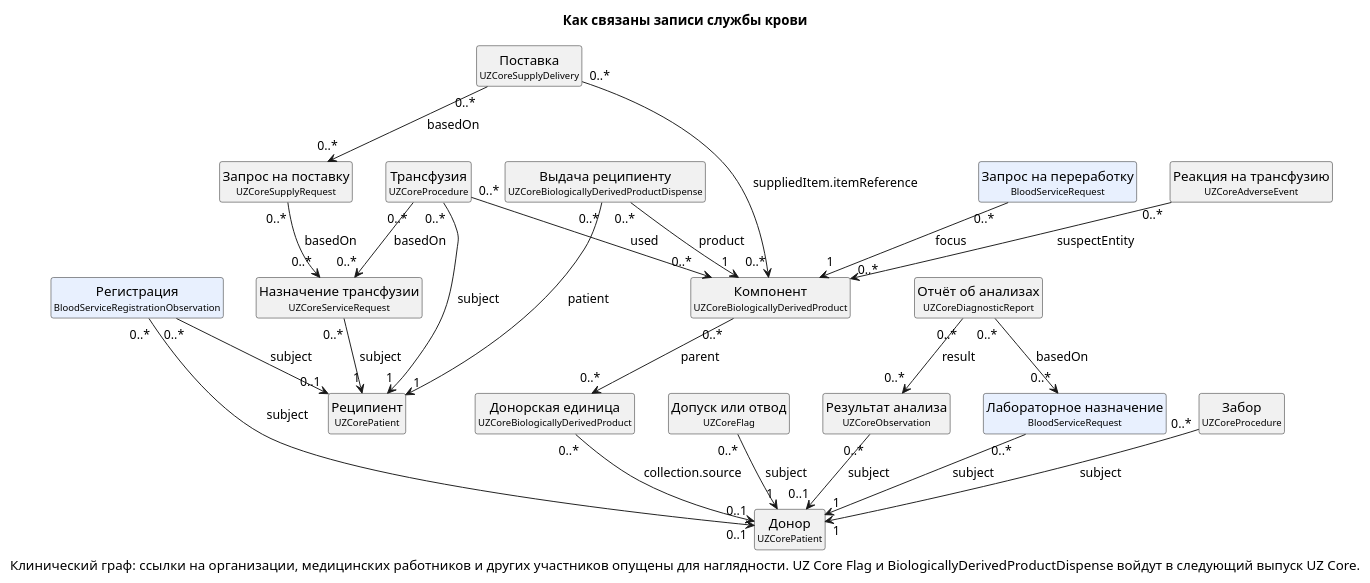
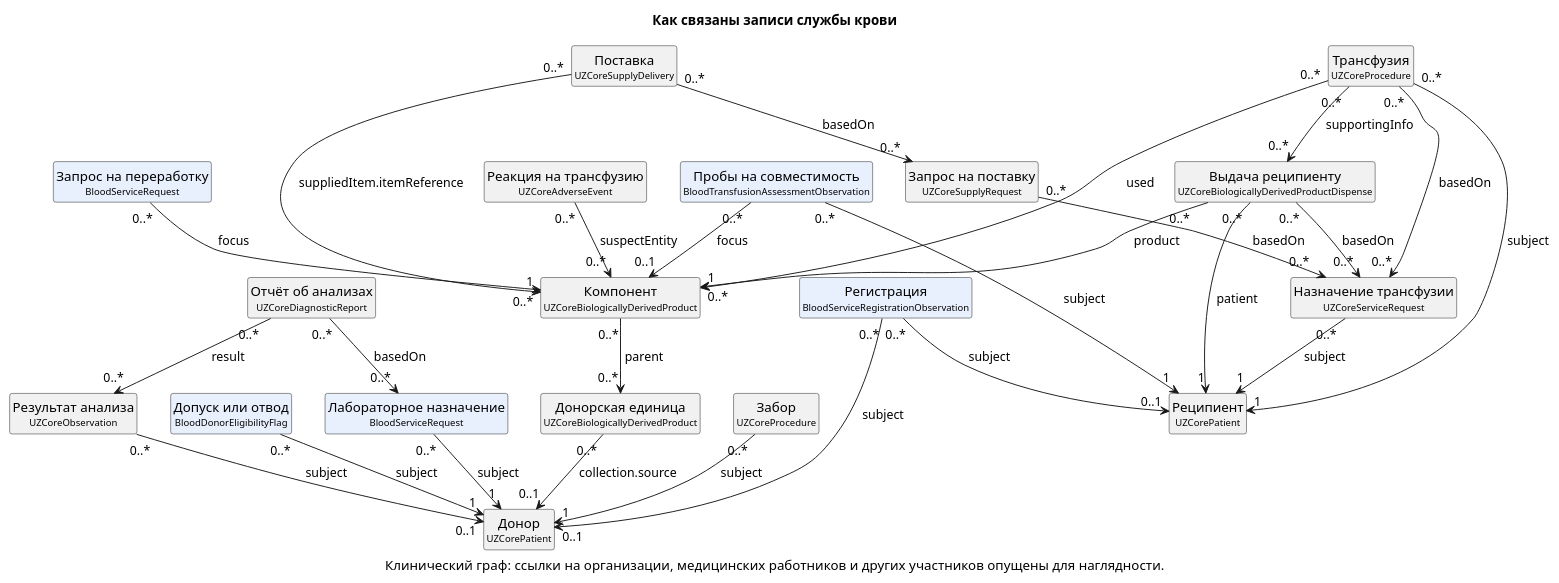
Before and after one commit to BEKHZOD98/digital-health-integration: the diagram in input/images-source/blood-service-model-ru.plantuml, drawn with PlantUML. The commit also changed 54 other files, not shown here.

```diff
--- a/input/images-source/blood-service-model-ru.plantuml
+++ b/input/images-source/blood-service-model-ru.plantuml
@@ -1,48 +1,53 @@
 @startuml blood-service-model-ru
 hide circle
 hide empty members
 title Как связаны записи службы крови
 
 class "Донор\n<size:10>UZCorePatient</size>" as Donor [[https://dhp.uz/fhir/core/ru/StructureDefinition-uz-core-patient.html{Открыть UZCorePatient}]]
 class "Реципиент\n<size:10>UZCorePatient</size>" as Recipient [[https://dhp.uz/fhir/core/ru/StructureDefinition-uz-core-patient.html{Открыть UZCorePatient}]]
 class "Регистрация\n<size:10>BloodServiceRegistrationObservation</size>" as Reg [[StructureDefinition-blood-service-registration-observation.html{Открыть BloodServiceRegistrationObservation}]] #E8F0FE
-class "Допуск или отвод\n<size:10>UZCoreFlag</size>" as Flag
+class "Допуск или отвод\n<size:10>BloodDonorEligibilityFlag</size>" as Flag [[StructureDefinition-blood-donor-eligibility-flag.html{Открыть BloodDonorEligibilityFlag}]] #E8F0FE
 class "Результат анализа\n<size:10>UZCoreObservation</size>" as Test [[https://dhp.uz/fhir/core/ru/StructureDefinition-uz-core-observation.html{Открыть UZCoreObservation}]]
 class "Отчёт об анализах\n<size:10>UZCoreDiagnosticReport</size>" as Report [[https://dhp.uz/fhir/core/ru/StructureDefinition-uz-core-diagnostic-report.html{Открыть UZCoreDiagnosticReport}]]
 class "Лабораторное назначение\n<size:10>BloodServiceRequest</size>" as LabOrder [[StructureDefinition-blood-servicerequest.html{Открыть BloodServiceRequest}]] #E8F0FE
 class "Запрос на переработку\n<size:10>BloodServiceRequest</size>" as ProcReq [[StructureDefinition-blood-servicerequest.html{Открыть BloodServiceRequest}]] #E8F0FE
 class "Забор\n<size:10>UZCoreProcedure</size>" as Coll [[https://dhp.uz/fhir/core/ru/StructureDefinition-uz-core-procedure.html{Открыть UZCoreProcedure}]]
 class "Донорская единица\n<size:10>UZCoreBiologicallyDerivedProduct</size>" as Unit [[https://dhp.uz/fhir/core/ru/StructureDefinition-uz-core-biologically-derived-product.html{Открыть UZCoreBiologicallyDerivedProduct}]]
 class "Компонент\n<size:10>UZCoreBiologicallyDerivedProduct</size>" as Comp [[https://dhp.uz/fhir/core/ru/StructureDefinition-uz-core-biologically-derived-product.html{Открыть UZCoreBiologicallyDerivedProduct}]]
 class "Назначение трансфузии\n<size:10>UZCoreServiceRequest</size>" as Order [[https://dhp.uz/fhir/core/ru/StructureDefinition-uz-core-servicerequest.html{Открыть UZCoreServiceRequest}]]
 class "Запрос на поставку\n<size:10>UZCoreSupplyRequest</size>" as SReq [[https://dhp.uz/fhir/core/ru/StructureDefinition-uz-core-supply-request.html{Открыть UZCoreSupplyRequest}]]
 class "Поставка\n<size:10>UZCoreSupplyDelivery</size>" as SDel [[https://dhp.uz/fhir/core/ru/StructureDefinition-uz-core-supply-delivery.html{Открыть UZCoreSupplyDelivery}]]
-class "Выдача реципиенту\n<size:10>UZCoreBiologicallyDerivedProductDispense</size>" as Disp
+class "Выдача реципиенту\n<size:10>UZCoreBiologicallyDerivedProductDispense</size>" as Disp [[https://dhp.uz/fhir/core/ru/StructureDefinition-uz-core-biologicallyderivedproductdispense.html{Открыть UZCoreBiologicallyDerivedProductDispense}]]
+class "Пробы на совместимость\n<size:10>BloodTransfusionAssessmentObservation</size>" as Assess [[StructureDefinition-blood-transfusion-assessment-observation.html{Открыть BloodTransfusionAssessmentObservation}]] #E8F0FE
 class "Трансфузия\n<size:10>UZCoreProcedure</size>" as Tx [[https://dhp.uz/fhir/core/ru/StructureDefinition-uz-core-procedure.html{Открыть UZCoreProcedure}]]
 class "Реакция на трансфузию\n<size:10>UZCoreAdverseEvent</size>" as AE [[https://dhp.uz/fhir/core/ru/StructureDefinition-uz-core-adverse-event.html{Открыть UZCoreAdverseEvent}]]
 
 Reg "0..*" --> "0..1" Donor : « subject »
 Reg "0..*" --> "0..1" Recipient : « subject »
 Flag "0..*" --> "1" Donor : « subject »
 Test "0..*" --> "0..1" Donor : « subject »
 Report "0..*" --> "0..*" Test : « result »
 LabOrder "0..*" --> "1" Donor : « subject »
 Report "0..*" --> "0..*" LabOrder : « basedOn »
 Coll "0..*" --> "1" Donor : « subject »
 Unit "0..*" --> "0..1" Donor : « collection.source »
 Comp "0..*" --> "0..*" Unit : « parent »
 ProcReq "0..*" --> "1" Comp : « focus »
 Order "0..*" --> "1" Recipient : « subject »
 SReq "0..*" --> "0..*" Order : « basedOn »
 SDel "0..*" --> "0..*" SReq : « basedOn »
 SDel "0..*" --> "0..*" Comp : « suppliedItem.itemReference »
 Disp "0..*" --> "1" Comp : « product »
 Disp "0..*" --> "1" Recipient : « patient »
+Disp "0..*" --> "0..*" Order : « basedOn »
+Assess "0..*" --> "1" Recipient : « subject »
+Assess "0..*" --> "0..1" Comp : « focus »
 Tx "0..*" --> "0..*" Order : « basedOn »
 Tx "0..*" --> "0..*" Comp : « used »
 Tx "0..*" --> "1" Recipient : « subject »
+Tx "0..*" --> "0..*" Disp : « supportingInfo »
 AE "0..*" --> "0..*" Comp : « suspectEntity »
 
-caption Клинический граф: ссылки на организации, медицинских работников и других участников опущены для наглядности. UZ Core Flag и BiologicallyDerivedProductDispense войдут в следующий выпуск UZ Core.
+caption Клинический граф: ссылки на организации, медицинских работников и других участников опущены для наглядности.
 
 @enduml
```
